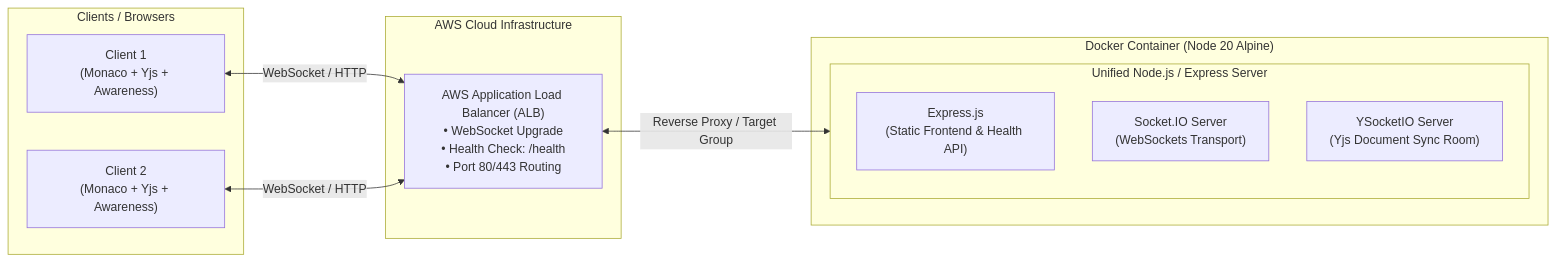
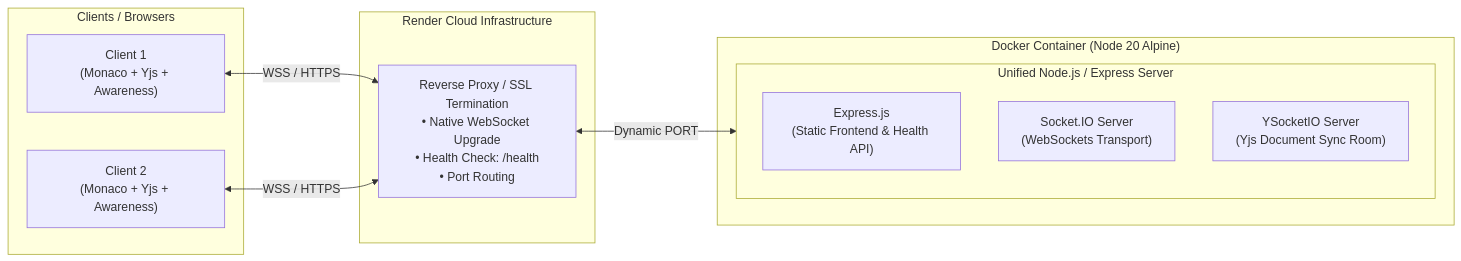
Before and after one commit to ishanhanda11/Collaborative-Real-Time-Editor: the diagram in README.md, drawn with Mermaid. The commit also changed other lines of this file, not shown here.

Commit message:
docs: update architecture and deployment guide for Render containerization

````diff
--- a/README.md
+++ b/README.md
@@ -9,23 +9,23 @@
 ```mermaid
 flowchart LR
     subgraph Clients["Clients / Browsers"]
         U1["Client 1\n(Monaco + Yjs + Awareness)"]
         U2["Client 2\n(Monaco + Yjs + Awareness)"]
     end
 
-    subgraph AWS["AWS Cloud Infrastructure"]
-        ALB["AWS Application Load Balancer (ALB)\n• WebSocket Upgrade\n• Health Check: /health\n• Port 80/443 Routing"]
+    subgraph Cloud["Render Cloud Infrastructure"]
+        PROXY["Reverse Proxy / SSL Termination\n• Native WebSocket Upgrade\n• Health Check: /health\n• Port Routing"]
     end
 
     subgraph Docker["Docker Container (Node 20 Alpine)"]
         subgraph Backend["Unified Node.js / Express Server"]
             EXP["Express.js\n(Static Frontend & Health API)"]
             SIO["Socket.IO Server\n(WebSockets Transport)"]
             YSIO["YSocketIO Server\n(Yjs Document Sync Room)"]
         end
     end
 
-    U1 <-->|WebSocket / HTTP| ALB
-    U2 <-->|WebSocket / HTTP| ALB
-    ALB <-->|Reverse Proxy / Target Group| Backend
+    U1 <-->|WSS / HTTPS| PROXY
+    U2 <-->|WSS / HTTPS| PROXY
+    PROXY <-->|Dynamic PORT| Backend
 ```
````
